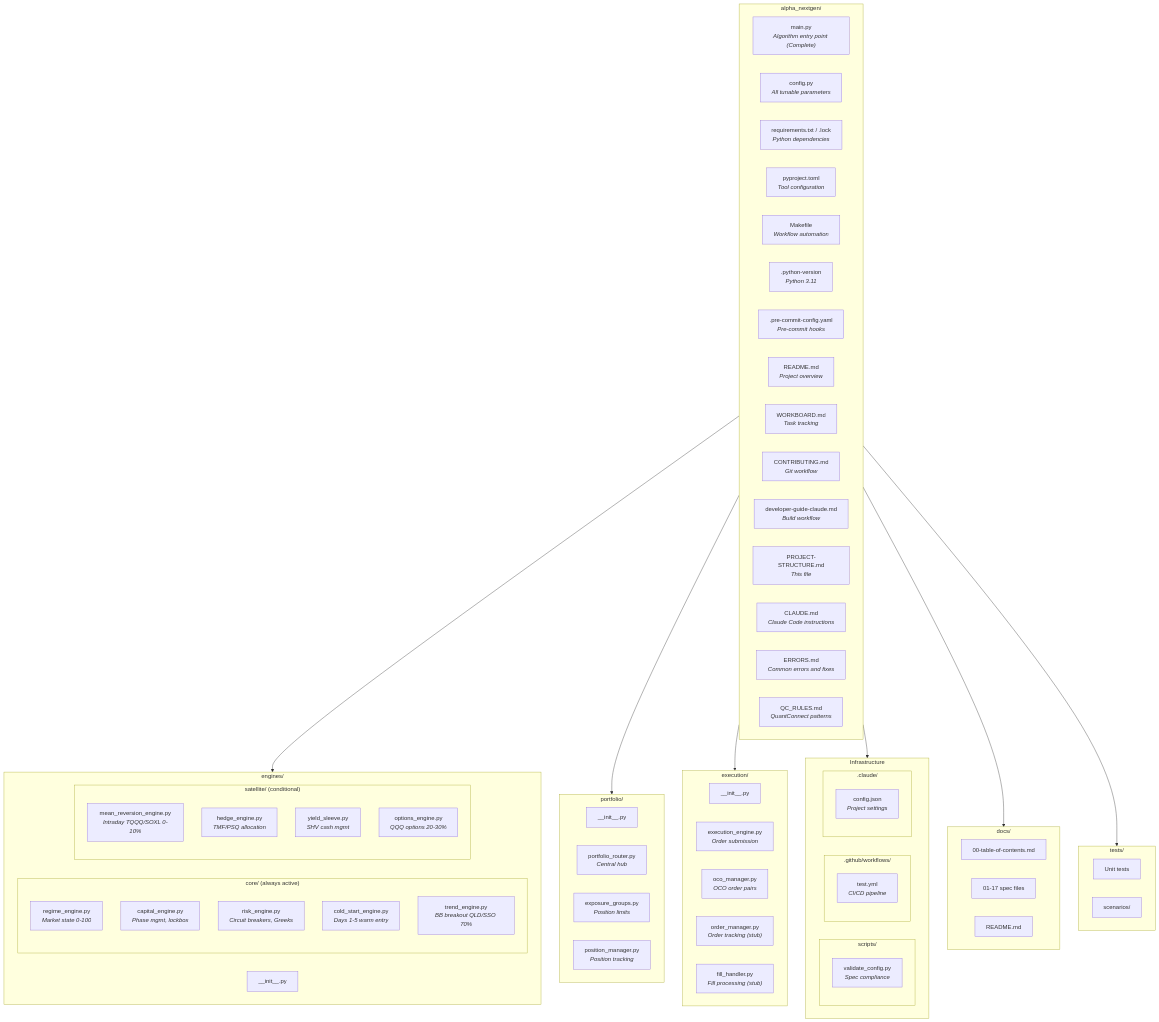
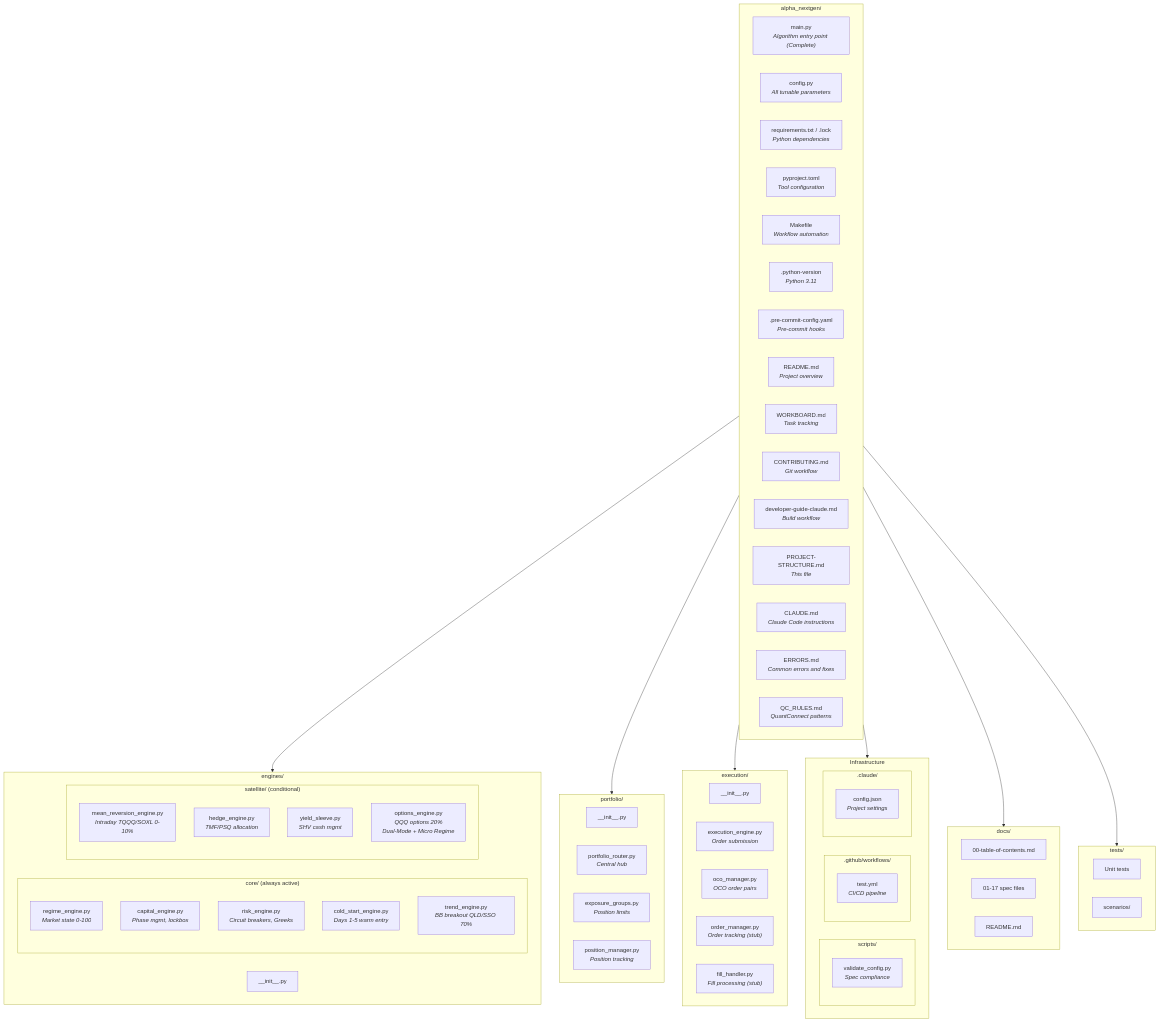
One commit to vickdavinci/alpha-nextgen-v2-private changed the first of 2 diagrams in PROJECT-STRUCTURE.md. Above: the diagram before and after it, drawn with Mermaid. The commit also changed other lines of this file and 15 other files, not shown here.

First line of the commit message:
docs: add Options Engine V2.1.1 dual-mode architecture

````diff
--- a/PROJECT-STRUCTURE.md
+++ b/PROJECT-STRUCTURE.md
@@ -10,82 +10,82 @@
 ```mermaid
 flowchart TD
     subgraph ROOT["alpha_nextgen/"]
         MAIN["main.py<br/><i>Algorithm entry point (Complete)</i>"]
         CONFIG["config.py<br/><i>All tunable parameters</i>"]
         REQ["requirements.txt / .lock<br/><i>Python dependencies</i>"]
         PYPROJ["pyproject.toml<br/><i>Tool configuration</i>"]
         MAKEFILE["Makefile<br/><i>Workflow automation</i>"]
         PYVER[".python-version<br/><i>Python 3.11</i>"]
         PRECOMMIT[".pre-commit-config.yaml<br/><i>Pre-commit hooks</i>"]
         README["README.md<br/><i>Project overview</i>"]
         WORKBOARD["WORKBOARD.md<br/><i>Task tracking</i>"]
         CONTRIB["CONTRIBUTING.md<br/><i>Git workflow</i>"]
         DEVGUIDE["developer-guide-claude.md<br/><i>Build workflow</i>"]
         PROJSTRUCT["PROJECT-STRUCTURE.md<br/><i>This file</i>"]
         CLAUDE["CLAUDE.md<br/><i>Claude Code instructions</i>"]
         ERRORS["ERRORS.md<br/><i>Common errors and fixes</i>"]
         QCRULES["QC_RULES.md<br/><i>QuantConnect patterns</i>"]
     end
 
     subgraph ENGINES["engines/"]
         E_INIT["__init__.py"]
         subgraph CORE["core/ (always active)"]
             E_REGIME["regime_engine.py<br/><i>Market state 0-100</i>"]
             E_CAPITAL["capital_engine.py<br/><i>Phase mgmt, lockbox</i>"]
             E_RISK["risk_engine.py<br/><i>Circuit breakers, Greeks</i>"]
             E_COLD["cold_start_engine.py<br/><i>Days 1-5 warm entry</i>"]
             E_TREND["trend_engine.py<br/><i>BB breakout QLD/SSO 70%</i>"]
         end
         subgraph SATELLITE["satellite/ (conditional)"]
             E_MR["mean_reversion_engine.py<br/><i>Intraday TQQQ/SOXL 0-10%</i>"]
             E_HEDGE["hedge_engine.py<br/><i>TMF/PSQ allocation</i>"]
             E_YIELD["yield_sleeve.py<br/><i>SHV cash mgmt</i>"]
-            E_OPTIONS["options_engine.py<br/><i>QQQ options 20-30%</i>"]
+            E_OPTIONS["options_engine.py<br/><i>QQQ options 20%<br/>Dual-Mode + Micro Regime</i>"]
         end
     end
 
     subgraph PORTFOLIO["portfolio/"]
         P_INIT["__init__.py"]
         P_ROUTER["portfolio_router.py<br/><i>Central hub</i>"]
         P_EXPOSURE["exposure_groups.py<br/><i>Position limits</i>"]
         P_POSITION["position_manager.py<br/><i>Position tracking</i>"]
     end
 
     subgraph EXECUTION["execution/"]
         X_INIT["__init__.py"]
         X_ENGINE["execution_engine.py<br/><i>Order submission</i>"]
         X_OCO["oco_manager.py<br/><i>OCO order pairs</i>"]
         X_ORDER["order_manager.py<br/><i>Order tracking (stub)</i>"]
         X_FILL["fill_handler.py<br/><i>Fill processing (stub)</i>"]
     end
 
     subgraph INFRA["Infrastructure"]
         subgraph SCRIPTS["scripts/"]
             SC_VALID["validate_config.py<br/><i>Spec compliance</i>"]
         end
         subgraph GITHUB[".github/workflows/"]
             GH_TEST["test.yml<br/><i>CI/CD pipeline</i>"]
         end
         subgraph CLAUDEDIR[".claude/"]
             CL_CONFIG["config.json<br/><i>Project settings</i>"]
         end
     end
 
     subgraph DOCS["docs/"]
         DOC_TOC["00-table-of-contents.md"]
         DOC_SPECS["01-17 spec files"]
         DOC_README["README.md"]
     end
 
     subgraph TESTS["tests/"]
         T_UNIT["Unit tests"]
         T_SCENARIOS["scenarios/"]
     end
 
     ROOT --> ENGINES
     ROOT --> PORTFOLIO
     ROOT --> EXECUTION
     ROOT --> INFRA
     ROOT --> DOCS
     ROOT --> TESTS
 ```
````
